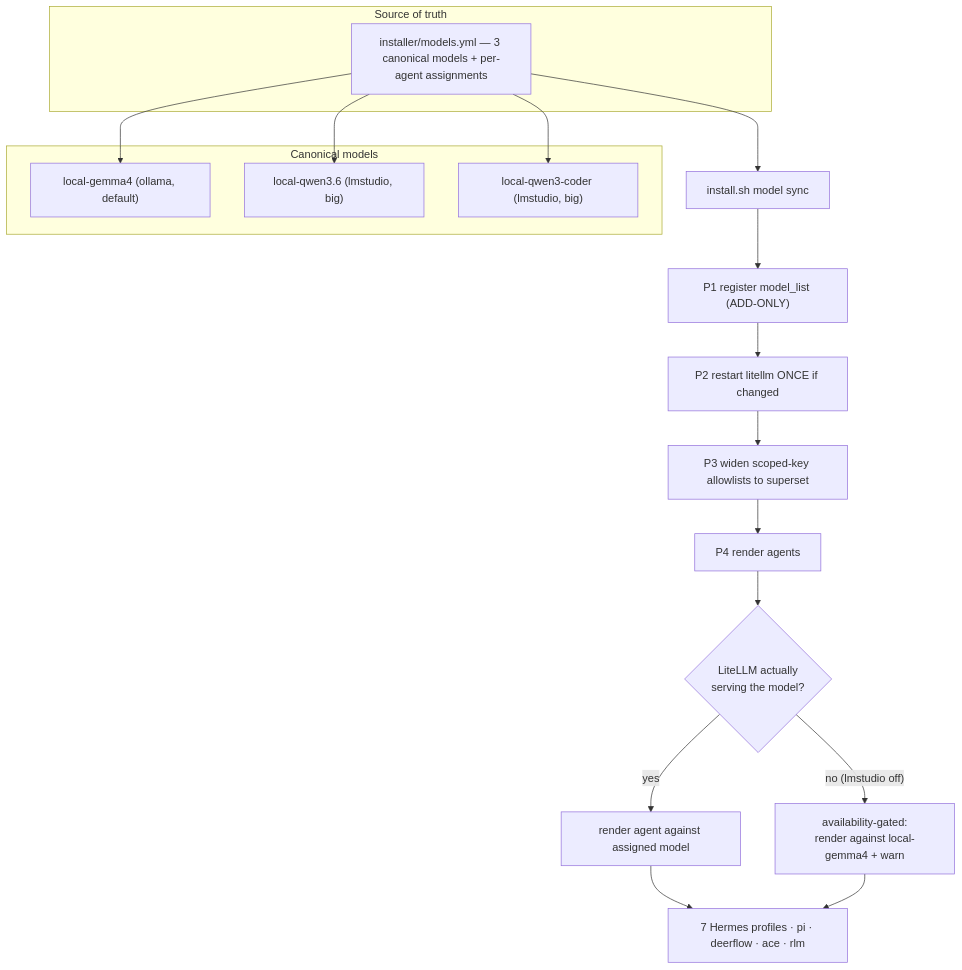
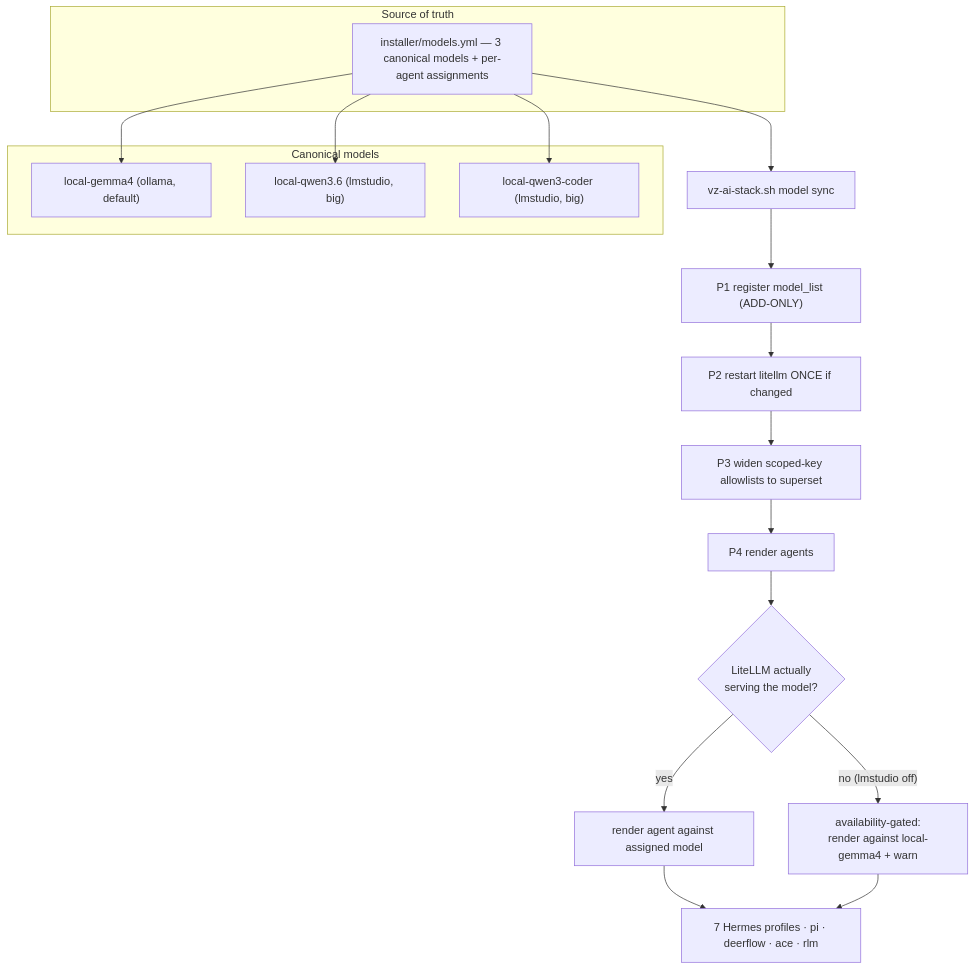
One commit to mayssamj/versatile-ai-stack changed the fifth of 21 diagrams in doc/DIAGRAMS.md. Above: the diagram before and after it, drawn with Mermaid. The commit also changed other lines of this file and 122 other files, not shown here.

First line of the commit message:
chore: rename install.sh -> vz-ai-stack.sh (project-wide sweep)

````diff
--- a/doc/DIAGRAMS.md
+++ b/doc/DIAGRAMS.md
@@ -312,31 +312,31 @@
 ```mermaid
 flowchart TB
   subgraph SoT[Source of truth]
     MY["installer/models.yml — 3 canonical models + per-agent assignments"]
   end
 
   subgraph Models[Canonical models]
     GM["local-gemma4 (ollama, default)"]
     Q36["local-qwen3.6 (lmstudio, big)"]
     QC["local-qwen3-coder (lmstudio, big)"]
   end
 
   MY --> GM
   MY --> Q36
   MY --> QC
 
-  Sync["install.sh model sync"]
+  Sync["vz-ai-stack.sh model sync"]
   MY --> Sync
 
   Sync --> P1["P1 register model_list (ADD-ONLY)"]
   P1 --> P2["P2 restart litellm ONCE if changed"]
   P2 --> P3["P3 widen scoped-key allowlists to superset"]
   P3 --> P4["P4 render agents"]
 
   P4 --> Gate{LiteLLM actually<br/>serving the model?}
   Gate -- "yes" --> Bind["render agent against assigned model"]
   Gate -- "no (lmstudio off)" --> Fall["availability-gated:<br/>render against local-gemma4 + warn"]
 
   Bind --> Agents["7 Hermes profiles · pi · deerflow · ace · rlm"]
   Fall --> Agents
 ```
````
